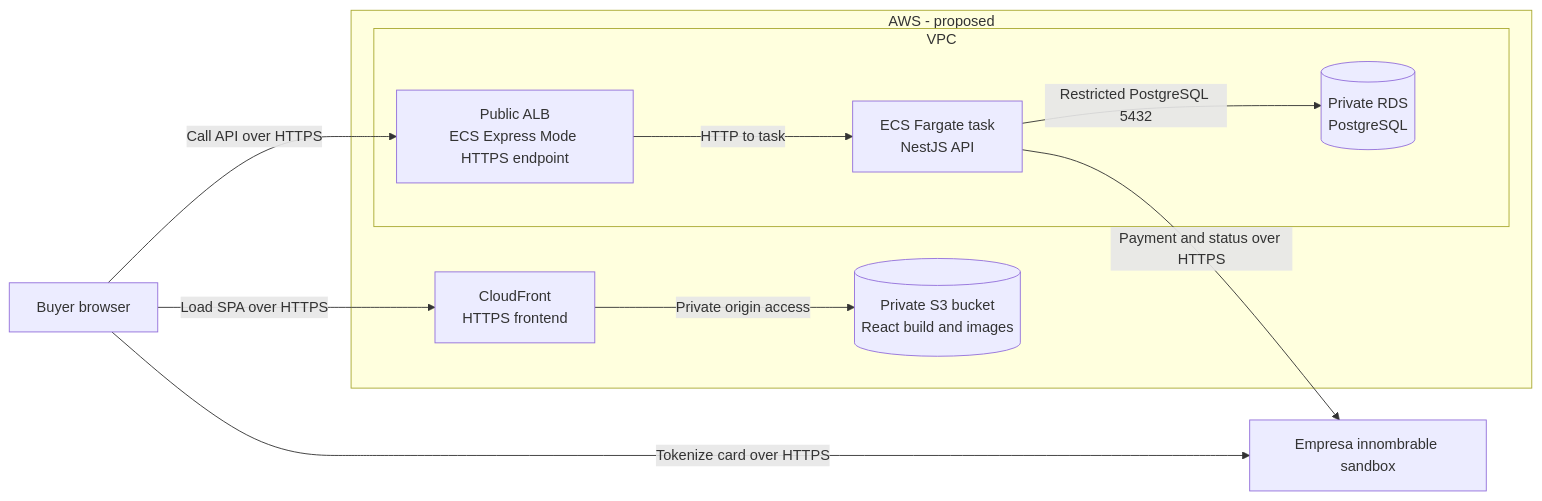
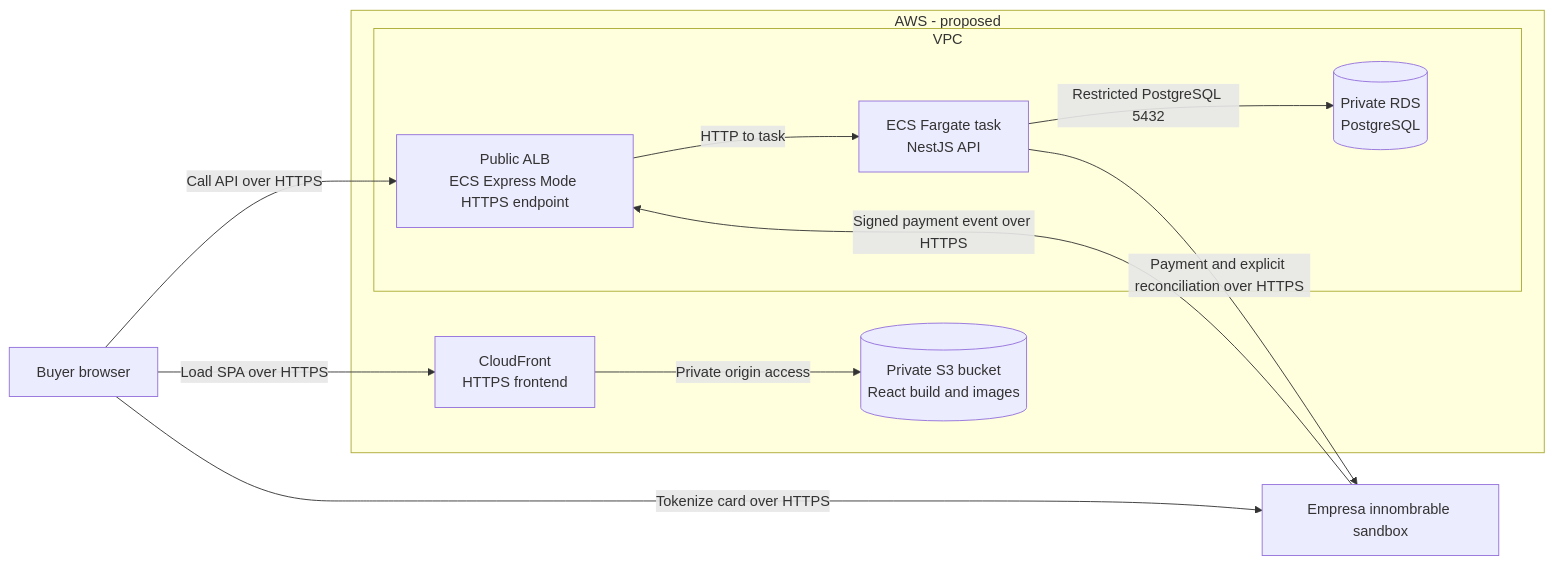
The fifth of 5 diagrams in README.md (alexanderbeleno16/product-payment), drawn with Mermaid before and after one commit. The commit also changed other lines of this file, not shown here.

Commit message:
docs(architecture): clarify idempotent checkout finalization

````diff
--- a/README.md
+++ b/README.md
@@ -170,23 +198,24 @@
 ```mermaid
 flowchart LR
     Browser[Buyer browser]
     Provider[Empresa innombrable sandbox]
 
     subgraph AWS["AWS - proposed"]
         CloudFront[CloudFront<br/>HTTPS frontend]
         S3[(Private S3 bucket<br/>React build and images)]
         subgraph VPC["VPC"]
             ALB[Public ALB<br/>ECS Express Mode HTTPS endpoint]
             ECS[ECS Fargate task<br/>NestJS API]
             RDS[(Private RDS<br/>PostgreSQL)]
         end
     end
 
     Browser -->|Load SPA over HTTPS| CloudFront
     CloudFront -->|Private origin access| S3
     Browser -->|Call API over HTTPS| ALB
     ALB -->|HTTP to task| ECS
     Browser -->|Tokenize card over HTTPS| Provider
+    Provider -->|Signed payment event over HTTPS| ALB
     ECS -->|Restricted PostgreSQL 5432| RDS
-    ECS -->|Payment and status over HTTPS| Provider
+    ECS -->|Payment and explicit reconciliation over HTTPS| Provider
 ```
````
